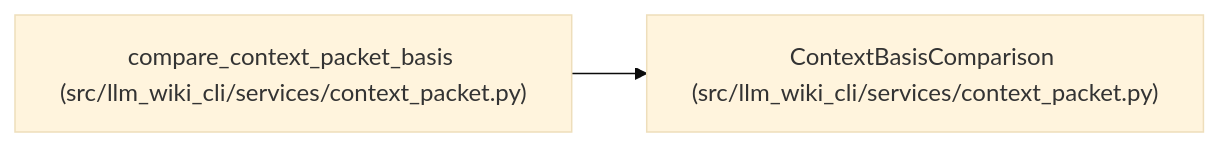
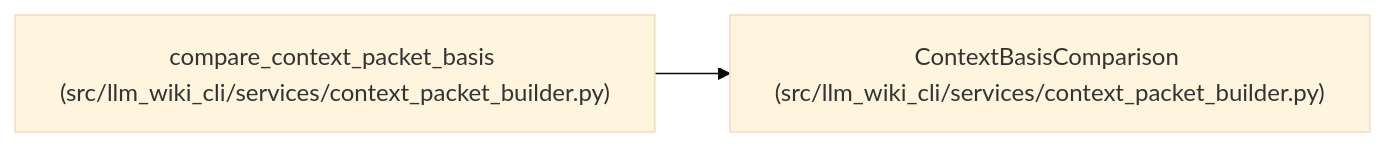
The diagram in docs/llm_wiki/entities/ContextBasisComparison.md (Denissvgn/python-wiki-llm), drawn with Mermaid (base theme) before and after one commit. The commit also changed other lines of this file and 1555 other files, not shown here.

````diff
--- a/docs/llm_wiki/entities/ContextBasisComparison.md
+++ b/docs/llm_wiki/entities/ContextBasisComparison.md
@@ -33,8 +33,8 @@
 ```mermaid
 flowchart LR
-    n0["ContextBasisComparison (src/llm_wiki_cli/services/context_packet.py)"]
-    n1["compare_context_packet_basis (src/llm_wiki_cli/services/context_packet.py)"]
+    n0["ContextBasisComparison (src/llm_wiki_cli/services/context_packet_builder.py)"]
+    n1["compare_context_packet_basis (src/llm_wiki_cli/services/context_packet_builder.py)"]
     n1 --> n0
-    click n0 "../modules/context_packet.md"
-    click n1 "../modules/context_packet.md"
+    click n0 "../modules/context_packet_builder.md"
+    click n1 "../modules/context_packet_builder.md"
 ```
````
